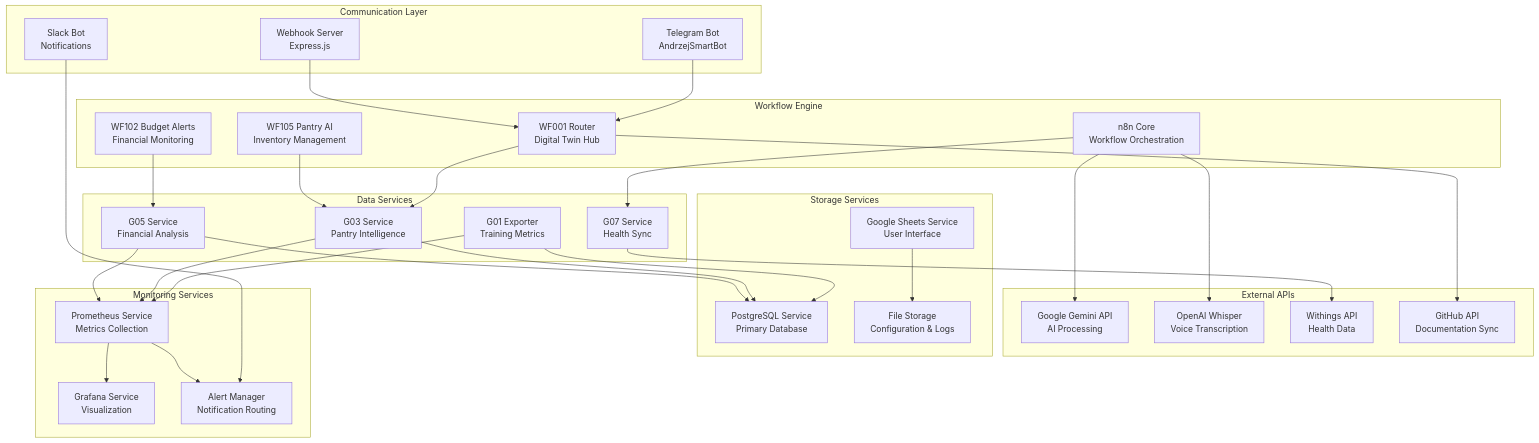
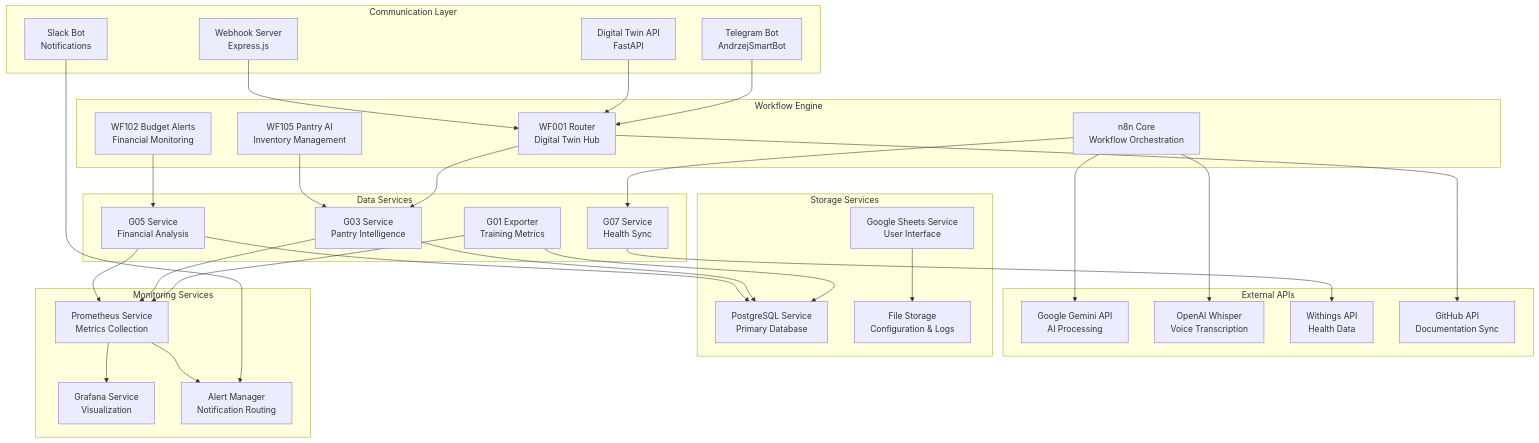
One commit to brostudiodev/autonomous-living-architecture changed the third of 7 diagrams in docs/20_SYSTEMS/Architecture-Diagrams.md. Above: the diagram before and after it, drawn with Mermaid. The commit also changed other lines of this file and 18 other files, not shown here.

Commit message:
Sync: Final architecture documentation updates

````diff
--- a/docs/20_SYSTEMS/Architecture-Diagrams.md
+++ b/docs/20_SYSTEMS/Architecture-Diagrams.md
@@ -179,71 +180,73 @@
 ```mermaid
 graph TB
     subgraph "External APIs"
         GEMINI_API[Google Gemini API<br/>AI Processing]
         OPENAI_WHISPER[OpenAI Whisper<br/>Voice Transcription]
         WITHINGS_API[Withings API<br/>Health Data]
         GITHUB_API[GitHub API<br/>Documentation Sync]
     end
 
     subgraph "Communication Layer"
         TELEGRAM_BOT[Telegram Bot<br/>AndrzejSmartBot]
+        TWIN_API_SRV[Digital Twin API<br/>FastAPI]
         WEBHOOK_SERVER[Webhook Server<br/>Express.js]
         SLACK_BOT[Slack Bot<br/>Notifications]
     end
 
     subgraph "Workflow Engine"
         N8N_CORE[n8n Core<br/>Workflow Orchestration]
         WF001[WF001 Router<br/>Digital Twin Hub]
         WF102[WF102 Budget Alerts<br/>Financial Monitoring]
         WF105[WF105 Pantry AI<br/>Inventory Management]
     end
 
     subgraph "Data Services"
         G01_SERVICE[G01 Exporter<br/>Training Metrics]
         G03_SERVICE[G03 Service<br/>Pantry Intelligence]
         G05_SERVICE[G05 Service<br/>Financial Analysis]
         G07_SERVICE[G07 Service<br/>Health Sync]
     end
 
     subgraph "Storage Services"
         POSTGRES_SERVICE[PostgreSQL Service<br/>Primary Database]
         SHEETS_SERVICE[Google Sheets Service<br/>User Interface]
         FILE_STORAGE[File Storage<br/>Configuration & Logs]
     end
 
     subgraph "Monitoring Services"
         PROMETHEUS_SERVICE[Prometheus Service<br/>Metrics Collection]
         GRAFANA_SERVICE[Grafana Service<br/>Visualization]
         ALERT_MANAGER[Alert Manager<br/>Notification Routing]
     end
 
     %% API Connections
     N8N_CORE --> GEMINI_API
     N8N_CORE --> OPENAI_WHISPER
     G07_SERVICE --> WITHINGS_API
     WF001 --> GITHUB_API
 
     %% Communication Layer
     TELEGRAM_BOT --> WF001
+    TWIN_API_SRV --> WF001
     WEBHOOK_SERVER --> WF001
     SLACK_BOT --> ALERT_MANAGER
 
     %% Workflow to Services
     WF001 --> G03_SERVICE
     WF102 --> G05_SERVICE
     WF105 --> G03_SERVICE
     N8N_CORE --> G07_SERVICE
 
     %% Services to Storage
     G01_SERVICE --> POSTGRES_SERVICE
     G03_SERVICE --> POSTGRES_SERVICE
     G05_SERVICE --> POSTGRES_SERVICE
     SHEETS_SERVICE --> FILE_STORAGE
 
     %% Monitoring Stack
     G01_SERVICE --> PROMETHEUS_SERVICE
     G03_SERVICE --> PROMETHEUS_SERVICE
     G05_SERVICE --> PROMETHEUS_SERVICE
     PROMETHEUS_SERVICE --> GRAFANA_SERVICE
     PROMETHEUS_SERVICE --> ALERT_MANAGER
 ```
````
